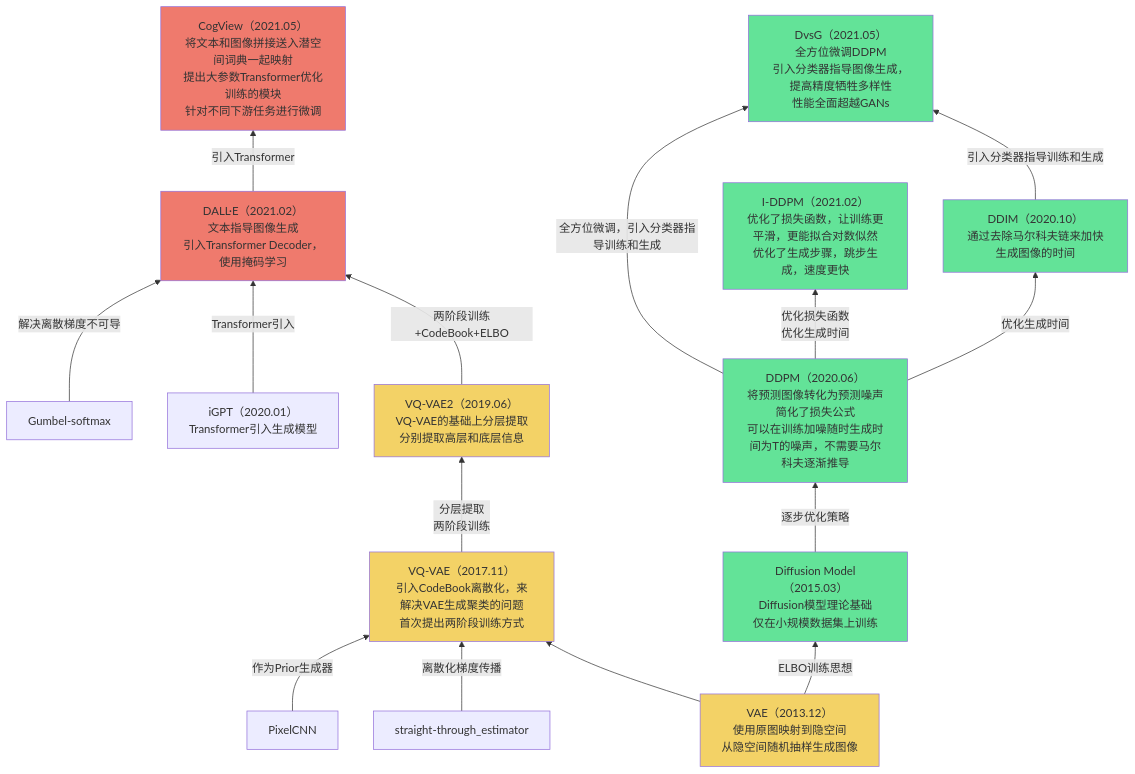
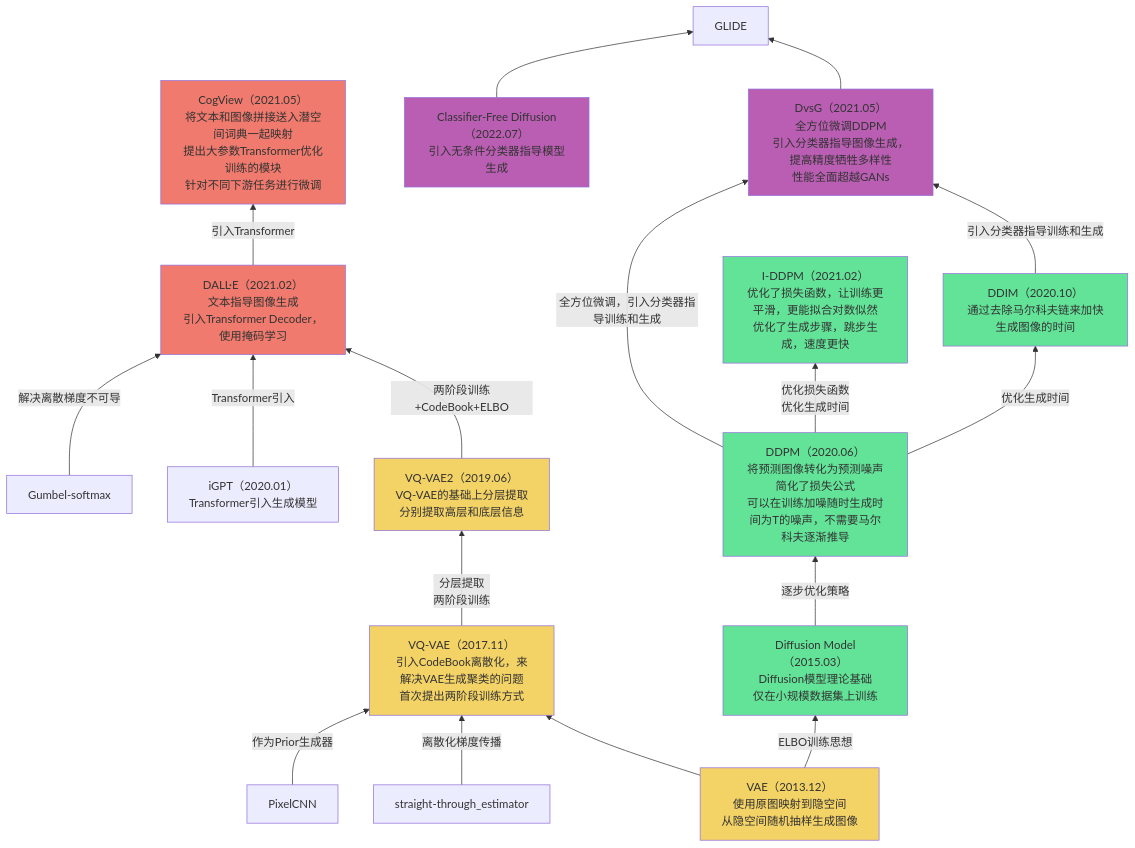
The fourth of 5 diagrams in Base_Model/GAN+VAE+Diffusion/analyse.md (Elephant-King9/Paper), drawn with Mermaid before and after one commit. The commit also changed other lines of this file and 5 other files, not shown here.

Commit message:
update_Classifier-Free Diffusion Guidance

````diff
--- a/Base_Model/GAN+VAE+Diffusion/analyse.md
+++ b/Base_Model/GAN+VAE+Diffusion/analyse.md
@@ -80,42 +87,44 @@
 ```mermaid
 flowchart BT
 VAE-->VQ-VAE
 straight-through_estimator-->|离散化梯度传播|VQ-VAE
 PixelCNN-->|作为Prior生成器|VQ-VAE
 VAE-->|ELBO训练思想|Diffusion_Model
 VQ-VAE-->|分层提取<br>两阶段训练|VQ-VAE2
 VQ-VAE2-->|两阶段训练+CodeBook+ELBO|DALL-E
 I-GPT-->|Transformer引入|DALL-E
 Gumbel-softmax-->|解决离散梯度不可导|DALL-E
 DALL-E-->|引入Transformer|CogView
 Diffusion_Model-->|逐步优化策略|DDPM
 DDPM-->|优化生成时间|DDIM
 DDPM-->|优化损失函数<br>优化生成时间|IDDPM
 DDIM-->|引入分类器指导训练和生成|DvsG
 DDPM-->|全方位微调，引入分类器指导训练和生成|DvsG
-
-
+DvsG-->GLIDE
+Classifier-Free_Diffusion-->GLIDE
 
 VAE[VAE（2013.12）<br>使用原图映射到隐空间<br>从隐空间随机抽样生成图像]
 	style VAE fill:#F3D266
 VQ-VAE[VQ-VAE（2017.11）<br>引入CodeBook离散化，来解决VAE生成聚类的问题<br>首次提出两阶段训练方式]
 	style VQ-VAE fill:#F3D266
 VQ-VAE2[VQ-VAE2（2019.06）<br>VQ-VAE的基础上分层提取<br>分别提取高层和底层信息]
 	style VQ-VAE2 fill:#F3D266
 DALL-E[DALL·E（2021.02）<br>文本指导图像生成<br>引入Transformer Decoder，使用掩码学习]
 	style DALL-E fill:#EF7A6D
 I-GPT[iGPT（2020.01）<br>Transformer引入生成模型]
 Gumbel-softmax[Gumbel-softmax]
 Diffusion_Model[Diffusion Model（2015.03）<br>Diffusion模型理论基础<br>仅在小规模数据集上训练]
 	style Diffusion_Model fill:#63E398
 DDPM[DDPM（2020.06）<br>将预测图像转化为预测噪声<br>简化了损失公式<br>可以在训练加噪随时生成时间为T的噪声，不需要马尔科夫逐渐推导]
 	style DDPM fill:#63E398
 DDIM[DDIM（2020.10）<br>通过去除马尔科夫链来加快生成图像的时间]
 	style DDIM fill:#63E398
 IDDPM[I-DDPM（2021.02）<br>优化了损失函数，让训练更平滑，更能拟合对数似然<br>优化了生成步骤，跳步生成，速度更快]
 	style IDDPM fill:#63E398
 DvsG[DvsG（2021.05）<br>全方位微调DDPM<br>引入分类器指导图像生成，提高精度牺牲多样性<br>性能全面超越GANs]
-	style DvsG fill:#63E398
+	style DvsG fill:#BA5EB3
 CogView[CogView（2021.05）<br>将文本和图像拼接送入潜空间词典一起映射<br>提出大参数Transformer优化训练的模块<br>针对不同下游任务进行微调]
 	style CogView fill:#EF7A6D
+Classifier-Free_Diffusion[Classifier-Free Diffusion（2022.07）<br>引入无条件分类器指导模型生成]
+	style Classifier-Free_Diffusion fill:#BA5EB3
 ```
````
